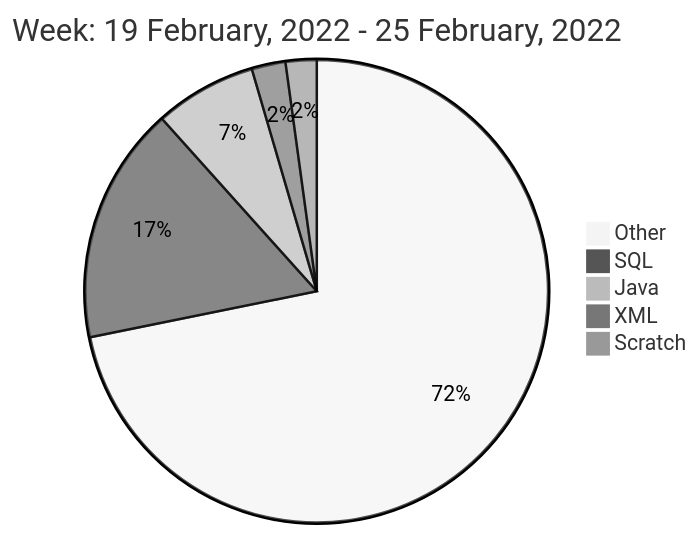
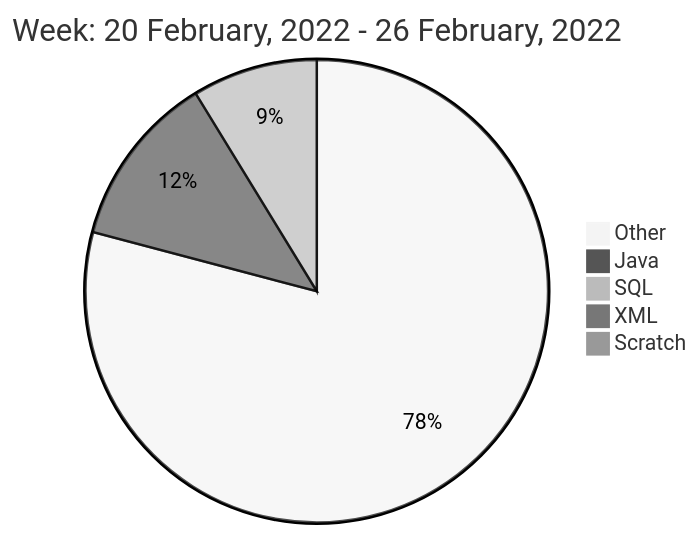
Before and after one commit to liubin95/liubin95: the diagram in README.md, drawn with Mermaid (neutral theme).

Commit message:
Updated the Graph with new Metrics

````diff
--- a/README.md
+++ b/README.md
@@ -42,9 +42,9 @@
 ```mermaid
  pie
-title Week: 19 February, 2022 - 25 February, 2022
- "Other" : 76440.086
- "SQL" : 17614.05
- "Java" : 7576.409
- "XML" : 2512.044
- "Scratch" : 2303.726
+title Week: 20 February, 2022 - 26 February, 2022
+ "Other" : 95562.97
+ "Java" : 14667.745
+ "SQL" : 10562.221
+ "XML" : 876.725
+ "Scratch" : 377.88
 ```
````
